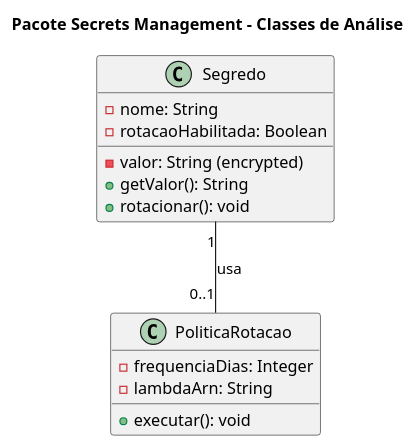
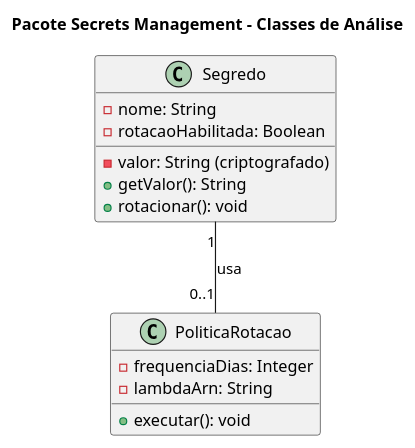
Before and after one commit to Projetos-de-Extensao/PC_ADS_26.2_8001_II: the fifth of 6 diagrams in docs/Elaboracao/modelo_analise_seguranca.md, drawn with PlantUML. The commit also changed other lines of this file and 8 other files, not shown here.

````diff
--- a/docs/Elaboracao/modelo_analise_seguranca.md
+++ b/docs/Elaboracao/modelo_analise_seguranca.md
@@ -402,21 +421,21 @@
 ```plantuml
 @startuml SecretsManagement_Classes
 title Pacote Secrets Management - Classes de Análise
 
 class Segredo {
   -nome: String
   -rotacaoHabilitada: Boolean
-  -valor: String (encrypted)
+  -valor: String (criptografado)
   +getValor(): String
   +rotacionar(): void
 }
 
 class PoliticaRotacao {
   -frequenciaDias: Integer
   -lambdaArn: String
   +executar(): void
 }
 
 Segredo "1" -- "0..1" PoliticaRotacao : usa
 @enduml
 ```
````
